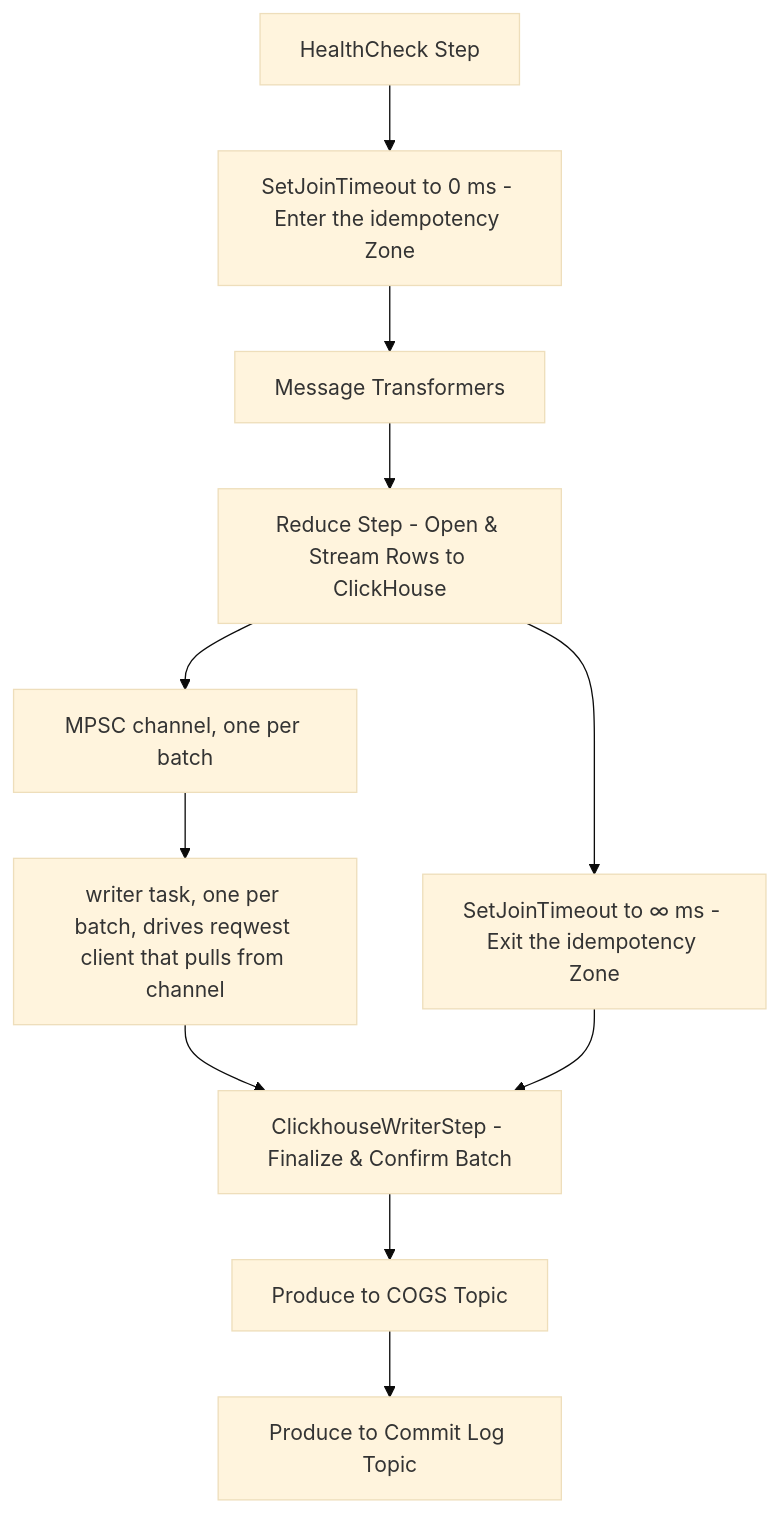
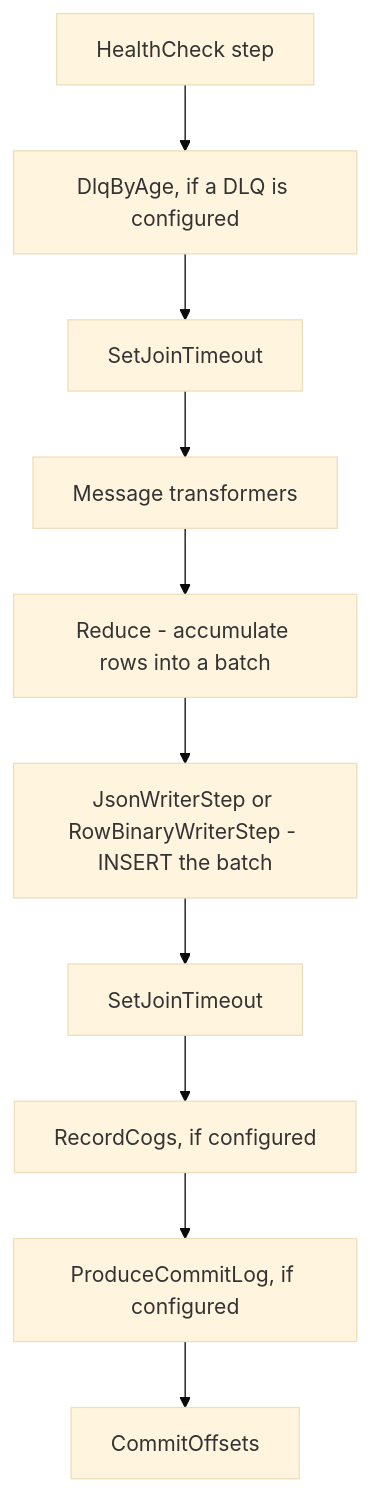
Before and after one commit to getsentry/snuba: the diagram in rust_snuba/ARCHITECTURE.md, drawn with Mermaid (base theme). The commit also changed other lines of this file and 20 other files, not shown here.

````diff
--- a/rust_snuba/ARCHITECTURE.md
+++ b/rust_snuba/ARCHITECTURE.md
@@ -92,15 +46,12 @@
 ```mermaid
 flowchart TD
-    D1[HealthCheck Step]
-    D1 --> D2[SetJoinTimeout to 0 ms - Enter the idempotency Zone]
-    D2 --> E[Message Transformers]
-    E --> F[Reduce Step - Open & Stream Rows to ClickHouse]
-    F --> W[MPSC channel, one per batch]
-    W --> W1[writer task, one per batch, drives reqwest client that pulls from channel]
-    W1 --> H
-    F --> G[SetJoinTimeout to ∞ ms - Exit the idempotency Zone]
-    G --> H[ClickhouseWriterStep - Finalize & Confirm Batch]
-
-    H --> I2[Produce to COGS Topic]
-    I2 --> I3[Produce to Commit Log Topic]
+    A[HealthCheck step] --> B[DlqByAge, if a DLQ is configured]
+    B --> C[SetJoinTimeout]
+    C --> D[Message transformers]
+    D --> E[Reduce - accumulate rows into a batch]
+    E --> F[JsonWriterStep or RowBinaryWriterStep - INSERT the batch]
+    F --> G[SetJoinTimeout]
+    G --> H[RecordCogs, if configured]
+    H --> I[ProduceCommitLog, if configured]
+    I --> J[CommitOffsets]
 ```
````
